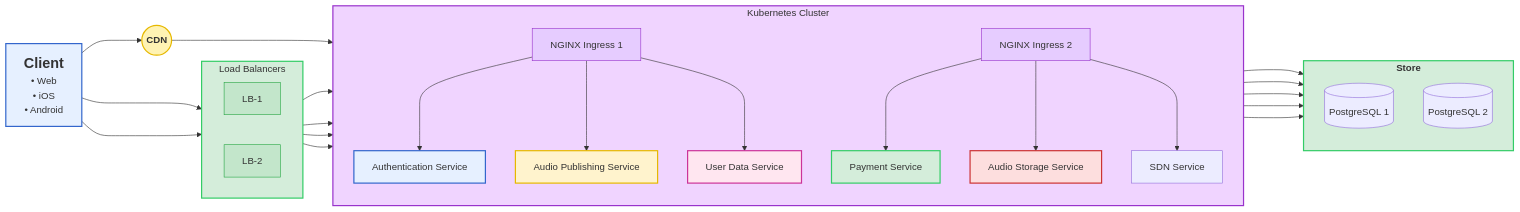
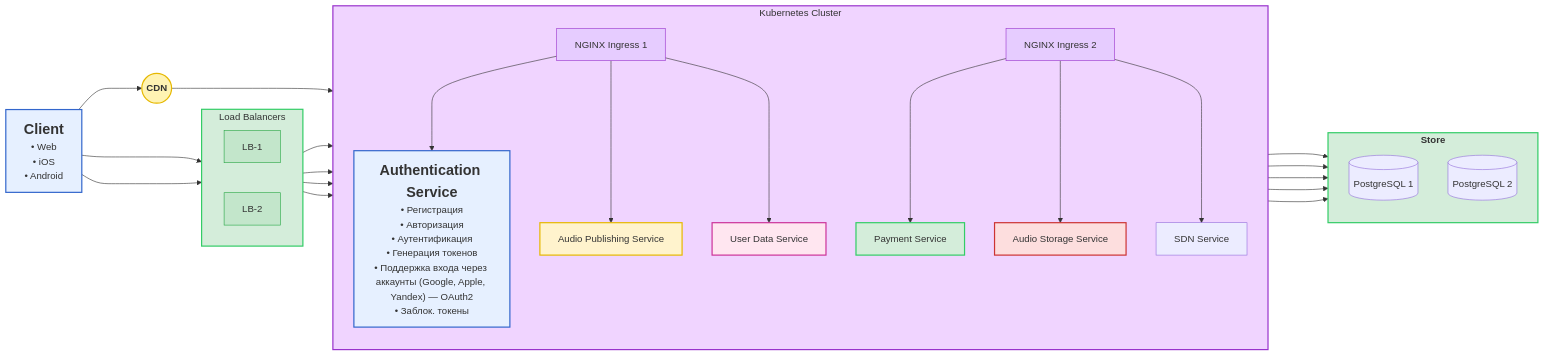
One commit to KmnPetr/SysDesign changed the first of 5 diagrams in architecture.md. Above: the diagram before and after it, drawn with Mermaid.

````diff
--- a/architecture.md
+++ b/architecture.md
@@ -5,74 +5,74 @@
 ```mermaid
 graph LR
     CLIENT["<b><font size='5'>Client</font></b><br/>• Web<br/>• iOS<br/>• Android"]
 
     subgraph LB["Load Balancers"]
         direction LR
         LB1[LB-1]
         LB2[LB-2]
     end
 
     subgraph K8S["Kubernetes Cluster"]
         direction TB
         INGRESS1[NGINX Ingress 1]
         INGRESS2[NGINX Ingress 2]
 
-        AUTH["Authentication Service"]
+        AUTH["<b><font size='5'>Authentication Service</font></b><br/>• Регистрация<br/>• Авторизация<br/>• Аутентификация<br/>• Генерация токенов<br/>• Поддержка входа через аккаунты (Google, Apple, Yandex) — OAuth2<br/>• Заблок. токены"]
         PAYMENT["Payment Service"]
         AUDIO_PUBLISH["Audio Publishing Service"]
         MUSIC_STORAGE["Audio Storage Service"]
         USER_DATA["User Data Service"]
         SDN_SR["SDN Service"]
     end
 
     subgraph STORE["<b>Store</b>"]
         direction TB
         PG1[(PostgreSQL 1)]
         PG2[(PostgreSQL 2)]
     end
 
 
     CDN(("<b>CDN</b>"))
 
     %% Соединения
     CLIENT --> LB1
     CLIENT --> LB2
 
     LB1 --> INGRESS1
     LB1 --> INGRESS2
     LB2 --> INGRESS1
     LB2 --> INGRESS2
 
     INGRESS1 ---> AUTH
     INGRESS2 ---> PAYMENT
     INGRESS1 ---> AUDIO_PUBLISH
     INGRESS2 ---> MUSIC_STORAGE
     INGRESS1 ---> USER_DATA
     INGRESS2 ---> SDN_SR
 
     AUTH ---> STORE
     PAYMENT ---> STORE
     AUDIO_PUBLISH ---> STORE
     MUSIC_STORAGE ---> STORE
     USER_DATA ---> STORE
 
     CLIENT ---> CDN
     CDN ---> SDN_SR
 
     %% Стили
     style CLIENT fill:#e6f0ff,stroke:#3366cc,stroke-width:2px
 
     style LB fill:#d4edda,stroke:#33cc66,stroke-width:2px
     style LB1 fill:#c3e6cb,stroke:#28a745,stroke-width:1px
     style LB2 fill:#c3e6cb,stroke:#28a745,stroke-width:1px
     style K8S fill:#f0d4ff,stroke:#9933cc,stroke-width:2px
     style STORE fill:#d4edda,stroke:#33cc66,stroke-width:2px
     style INGRESS1 fill:#e6ccff,stroke:#9933cc,stroke-width:1px
     style INGRESS2 fill:#e6ccff,stroke:#9933cc,stroke-width:1px
     style AUTH fill:#e6f0ff,stroke:#3366cc,stroke-width:2px
     style PAYMENT fill:#d4edda,stroke:#33cc66,stroke-width:2px
     style AUDIO_PUBLISH fill:#fff3cd,stroke:#e6b800,stroke-width:2px
     style MUSIC_STORAGE fill:#fddede,stroke:#cc3333,stroke-width:2px
     style USER_DATA fill:#ffe6f0,stroke:#cc3399,stroke-width:2px
     style CDN fill:#fff3b3,stroke:#e6b800,stroke-width:2px
 ```
````
